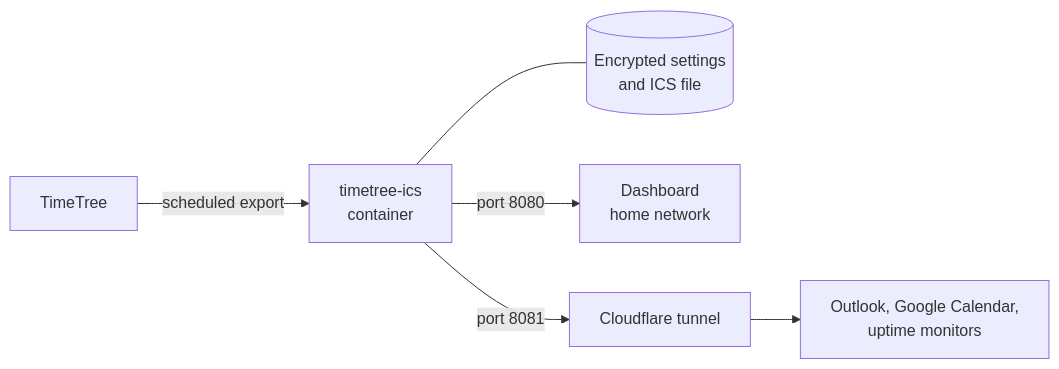
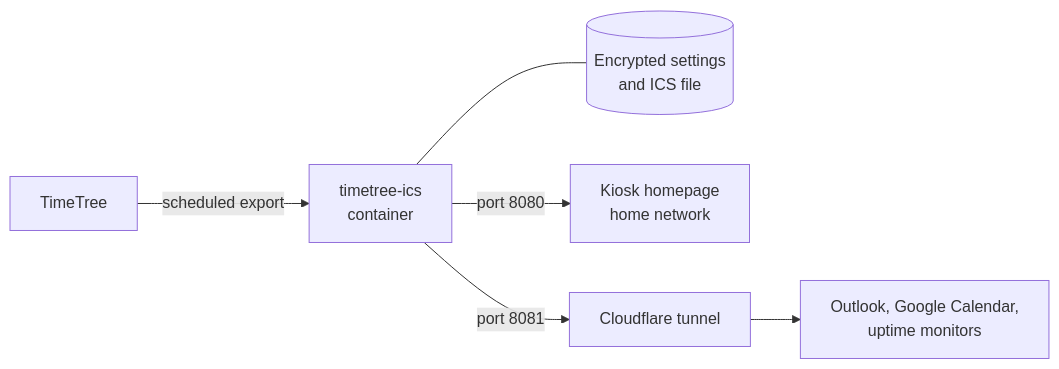
The diagram in README.md (storkakos/daytree), drawn with Mermaid before and after one commit. The commit also changed other lines of this file and 8 other files, not shown here.

First line of the commit message:
Add kiosk homepage with first-time setup

````diff
--- a/README.md
+++ b/README.md
@@ -43,8 +44,8 @@
 ```mermaid
 flowchart LR
     TT[TimeTree] -->|scheduled export| APP[timetree-ics<br>container]
     APP --- DATA[(Encrypted settings<br>and ICS file)]
-    APP -->|port 8080| LAN[Dashboard<br>home network]
+    APP -->|port 8080| LAN[Kiosk homepage<br>home network]
     APP -->|port 8081| CF[Cloudflare tunnel]
     CF --> CAL[Outlook, Google Calendar,<br>uptime monitors]
 ```
````
